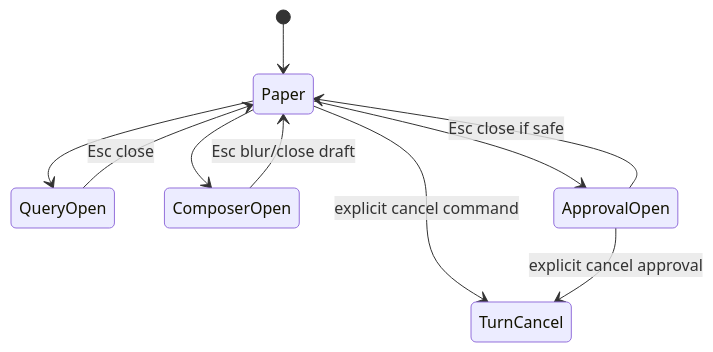
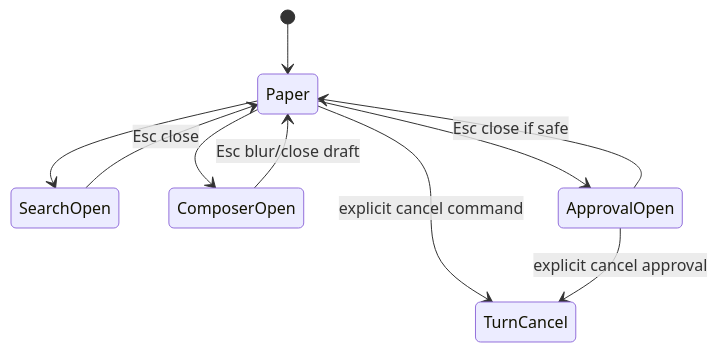
The third of 3 diagrams in spec/S13-editor-and-interaction.md (jinhuang712/open-novel), drawn with Mermaid before and after one commit. The commit also changed other lines of this file and 29 other files, not shown here.

````diff
--- a/spec/S13-editor-and-interaction.md
+++ b/spec/S13-editor-and-interaction.md
@@ -108,12 +107,12 @@
 ```mermaid
 stateDiagram-v2
   [*] --> Paper
-  Paper --> QueryOpen
+  Paper --> SearchOpen
   Paper --> ComposerOpen
   Paper --> ApprovalOpen
-  QueryOpen --> Paper: Esc close
+  SearchOpen --> Paper: Esc close
   ComposerOpen --> Paper: Esc blur/close draft
   ApprovalOpen --> Paper: Esc close if safe
   Paper --> TurnCancel: explicit cancel command
   ApprovalOpen --> TurnCancel: explicit cancel approval
 ```
````
